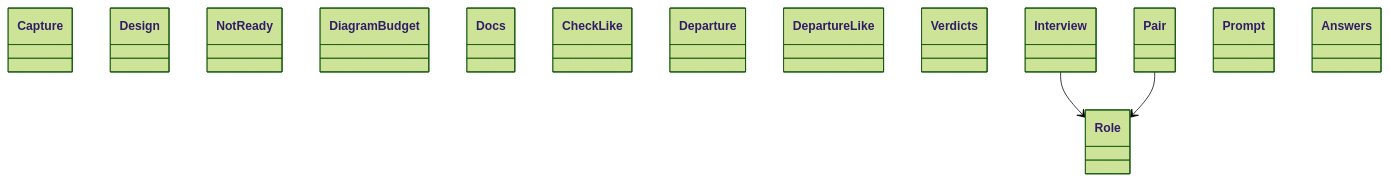
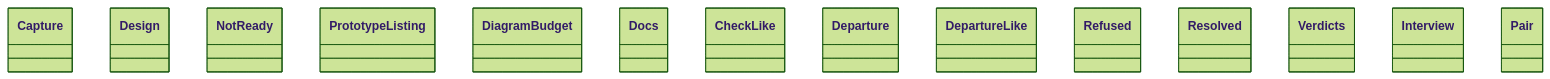
Before and after one commit to GonzaloZevallos/agentic-system: the diagram in docs/architecture/generated/classes-process-domain-roles-1.md, drawn with Mermaid (forest theme). The commit also changed other lines of this file and 4 other files, not shown here.

Commit message:
Regenerate the class diagrams for PrototypeListing, Resolved and Refused

````diff
--- a/docs/architecture/generated/classes-process-domain-roles-1.md
+++ b/docs/architecture/generated/classes-process-domain-roles-1.md
@@ -32,19 +32,17 @@
 ```mermaid
 classDiagram
     class design__Capture["Capture"]
     class design__Design["Design"]
     class design__NotReady["NotReady"]
+    class design__PrototypeListing["PrototypeListing"]
     class docs__DiagramBudget["DiagramBudget"]
     class docs__Docs["Docs"]
     class drawing__CheckLike["CheckLike"]
     class drawing__Departure["Departure"]
     class drawing__DepartureLike["DepartureLike"]
+    class drawing__Refused["Refused"]
+    class drawing__Resolved["Resolved"]
     class drawing__Verdicts["Verdicts"]
     class roles__Interview["Interview"]
     class roles__Pair["Pair"]
-    class roles__Prompt["Prompt"]
-    class roles__Role["Role"]
-    class schemas__Answers["Answers"]
-    roles__Interview --> roles__Role
-    roles__Pair --> roles__Role
 ```
````
